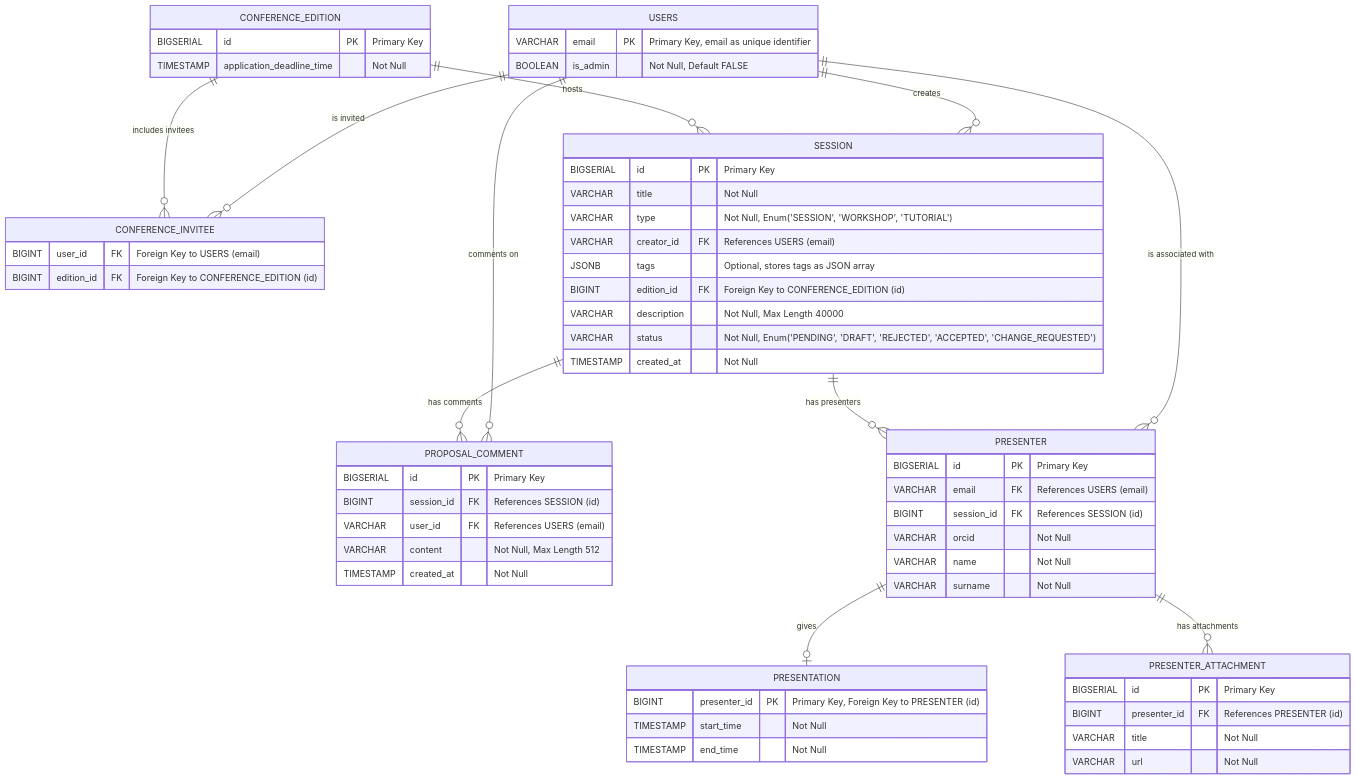
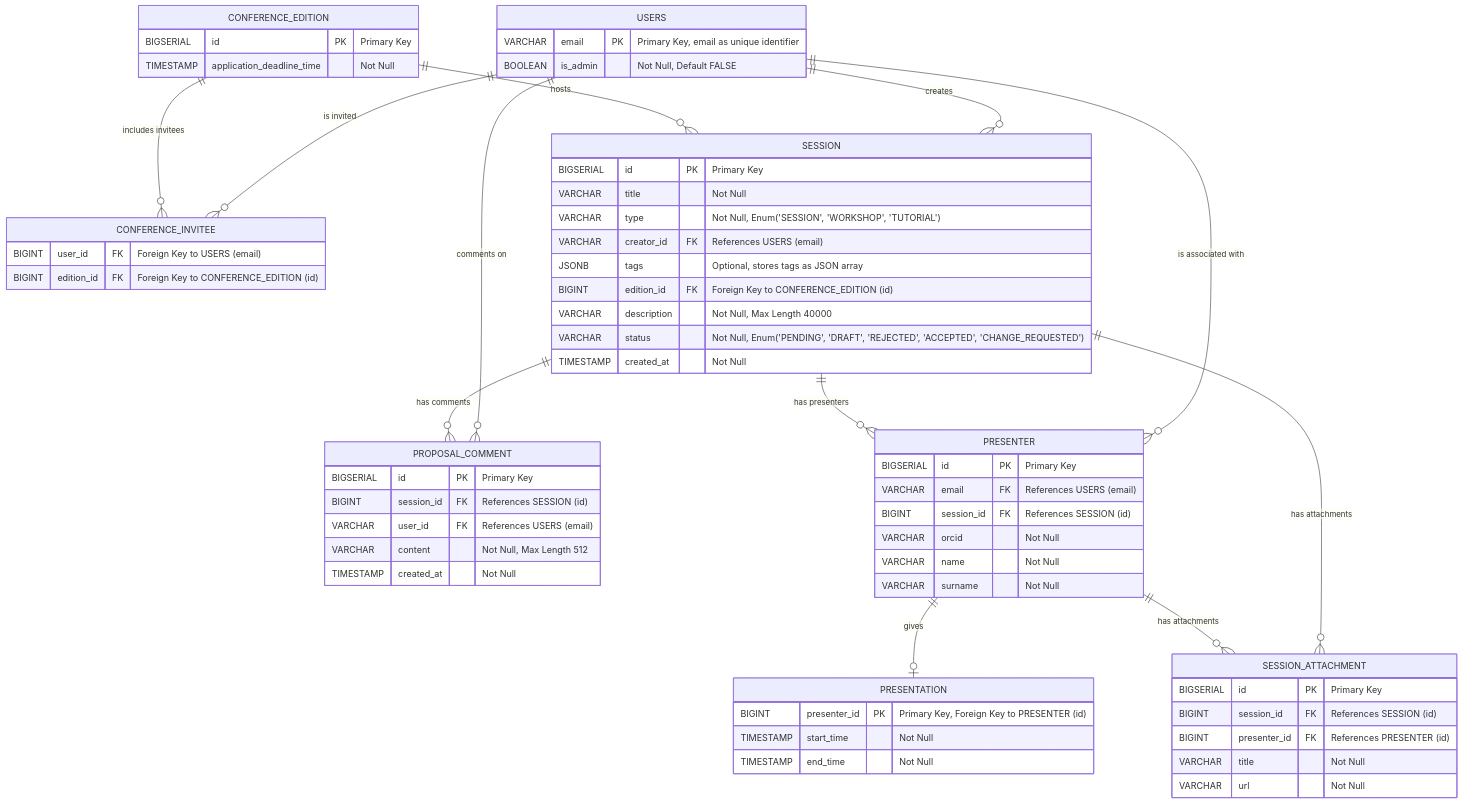
One commit to denisklebanovich/confero changed the diagram in README.md. Above: the diagram before and after it, drawn with Mermaid. The commit also changed 43 other files, not shown here.

````diff
--- a/README.md
+++ b/README.md
@@ -5,70 +5,72 @@
 ```mermaid
 erDiagram
     USERS {
         VARCHAR email PK "Primary Key, email as unique identifier"
         BOOLEAN is_admin "Not Null, Default FALSE"
     }
 
     CONFERENCE_EDITION {
         BIGSERIAL id PK "Primary Key"
         TIMESTAMP application_deadline_time "Not Null"
     }
 
     CONFERENCE_INVITEE {
         BIGINT user_id FK "Foreign Key to USERS (email)"
         BIGINT edition_id FK "Foreign Key to CONFERENCE_EDITION (id)"
     }
 
     SESSION {
         BIGSERIAL id PK "Primary Key"
         VARCHAR title "Not Null"
         VARCHAR type "Not Null, Enum('SESSION', 'WORKSHOP', 'TUTORIAL')"
         VARCHAR creator_id FK "References USERS (email)"
         JSONB tags "Optional, stores tags as JSON array"
         BIGINT edition_id FK "Foreign Key to CONFERENCE_EDITION (id)"
         VARCHAR description "Not Null, Max Length 40000"
         VARCHAR status "Not Null, Enum('PENDING', 'DRAFT', 'REJECTED', 'ACCEPTED', 'CHANGE_REQUESTED')"
         TIMESTAMP created_at "Not Null"
     }
 
     PROPOSAL_COMMENT {
         BIGSERIAL id PK "Primary Key"
         BIGINT session_id FK "References SESSION (id)"
         VARCHAR user_id FK "References USERS (email)"
         VARCHAR content "Not Null, Max Length 512"
         TIMESTAMP created_at "Not Null"
     }
 
     PRESENTER {
         BIGSERIAL id PK "Primary Key"
         VARCHAR email FK "References USERS (email)"
         BIGINT session_id FK "References SESSION (id)"
         VARCHAR orcid "Not Null"
         VARCHAR name "Not Null"
         VARCHAR surname "Not Null"
     }
 
     PRESENTATION {
         BIGINT presenter_id PK "Primary Key, Foreign Key to PRESENTER (id)"
         TIMESTAMP start_time "Not Null"
         TIMESTAMP end_time "Not Null"
     }
 
-    PRESENTER_ATTACHMENT {
+    SESSION_ATTACHMENT {
         BIGSERIAL id PK "Primary Key"
+        BIGINT session_id FK "References SESSION (id)"
         BIGINT presenter_id FK "References PRESENTER (id)"
         VARCHAR title "Not Null"
         VARCHAR url "Not Null"
     }
 
     USERS ||--o{ SESSION: "creates"
     USERS ||--o{ PROPOSAL_COMMENT: "comments on"
     USERS ||--o{ PRESENTER: "is associated with"
     SESSION ||--o{ PROPOSAL_COMMENT: "has comments"
     SESSION ||--o{ PRESENTER: "has presenters"
+    SESSION ||--o{ SESSION_ATTACHMENT: "has attachments"
     PRESENTER ||--o| PRESENTATION: "gives"
-    PRESENTER ||--o{ PRESENTER_ATTACHMENT: "has attachments"
+    PRESENTER ||--o{ SESSION_ATTACHMENT: "has attachments"
     USERS ||--o{ CONFERENCE_INVITEE: "is invited"
     CONFERENCE_EDITION ||--o{ CONFERENCE_INVITEE: "includes invitees"
     CONFERENCE_EDITION ||--o{ SESSION: "hosts"
 ```
````
